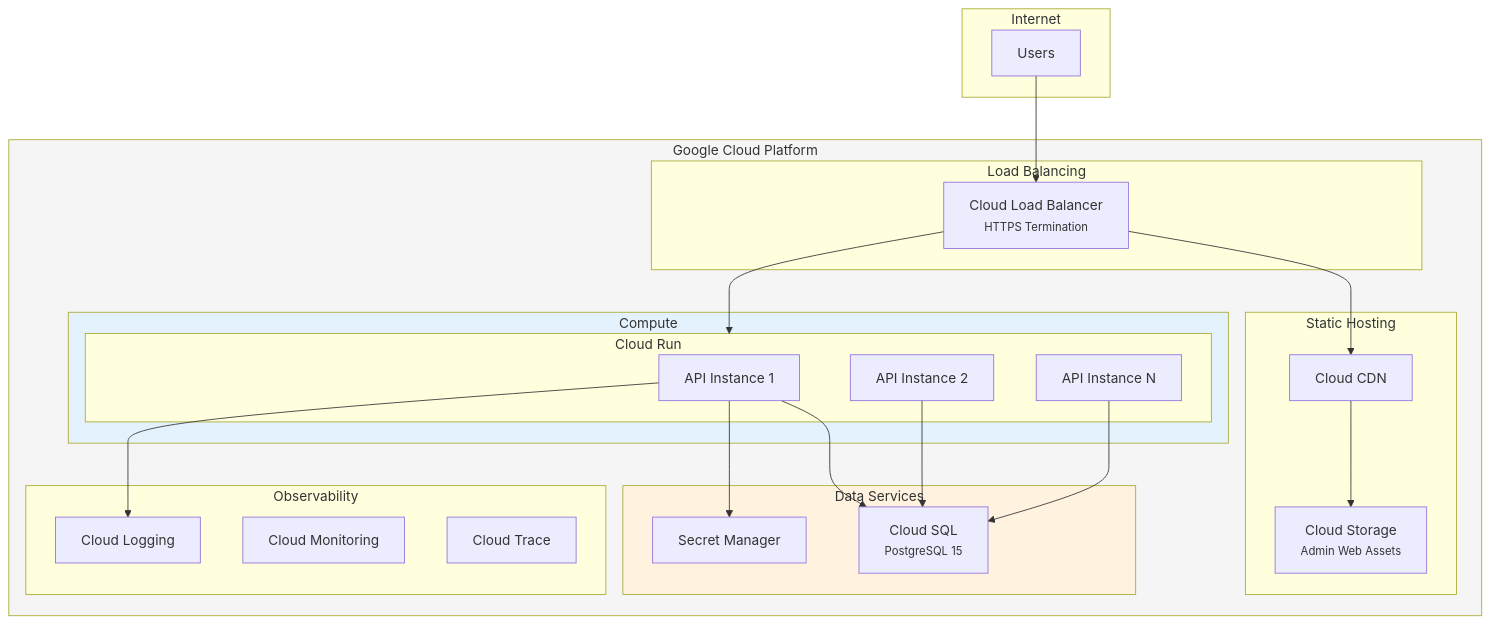
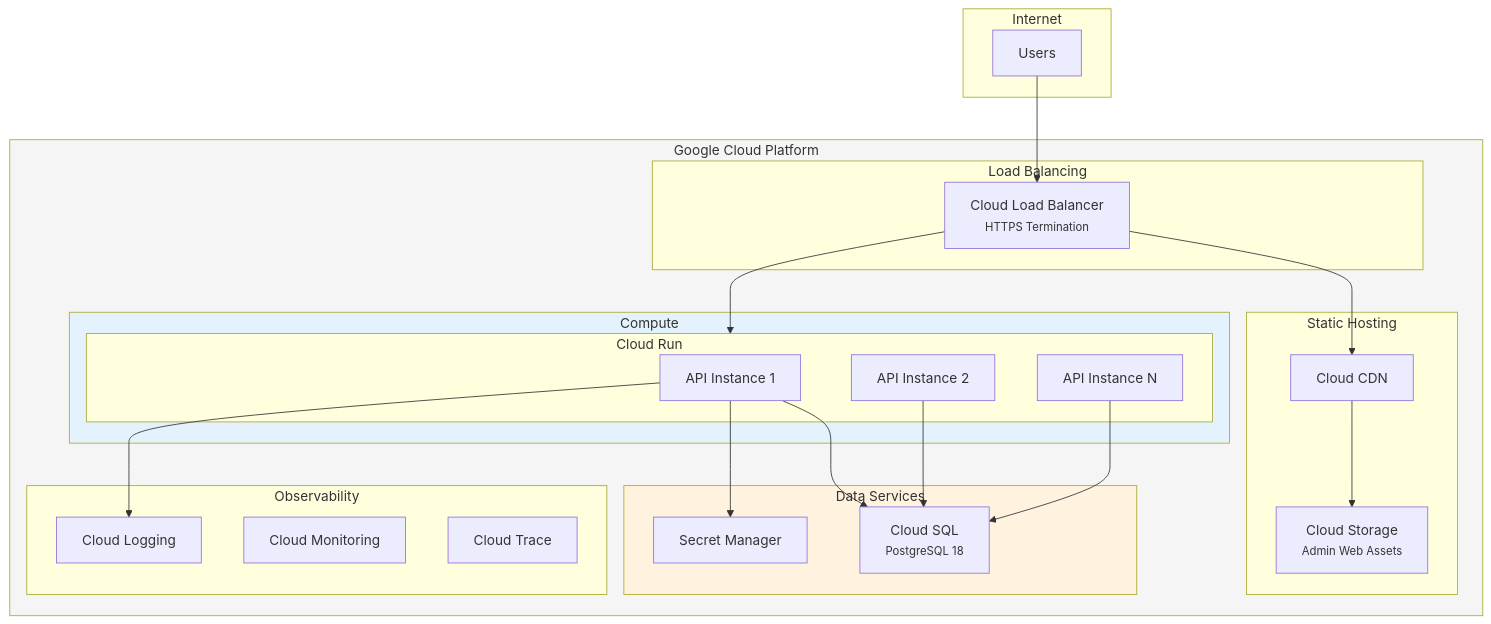
Before and after one commit to carnaticlabs/Sangeetha-Grantha: the eighth of 8 diagrams in application_documentation/02-architecture/diagrams/c4-model.md, drawn with Mermaid. The commit also changed other lines of this file and 26 other files, not shown here.

````diff
--- a/application_documentation/02-architecture/diagrams/c4-model.md
+++ b/application_documentation/02-architecture/diagrams/c4-model.md
@@ -404,52 +404,52 @@
 ```mermaid
 flowchart TB
     subgraph Internet["Internet"]
         USER["Users"]
     end
 
     subgraph GCP["Google Cloud Platform"]
         subgraph LB["Load Balancing"]
             GLB["Cloud Load Balancer<br/><small>HTTPS Termination</small>"]
         end
 
         subgraph Compute["Compute"]
             subgraph CR["Cloud Run"]
                 API1["API Instance 1"]
                 API2["API Instance 2"]
                 APIN["API Instance N"]
             end
         end
 
         subgraph Storage["Static Hosting"]
             GCS["Cloud Storage<br/><small>Admin Web Assets</small>"]
             CDN["Cloud CDN"]
         end
 
         subgraph Data["Data Services"]
-            SQL["Cloud SQL<br/><small>PostgreSQL 15</small>"]
+            SQL["Cloud SQL<br/><small>PostgreSQL 18</small>"]
             SEC["Secret Manager"]
         end
 
         subgraph Monitoring["Observability"]
             LOG["Cloud Logging"]
             MON["Cloud Monitoring"]
             TRACE["Cloud Trace"]
         end
     end
 
     USER --> GLB
     GLB --> CDN
     GLB --> CR
     CDN --> GCS
 
     API1 --> SQL
     API2 --> SQL
     APIN --> SQL
 
     API1 --> SEC
     API1 --> LOG
 
     style GCP fill:#f5f5f5
     style Compute fill:#e3f2fd
     style Data fill:#fff3e0
 ```
````
